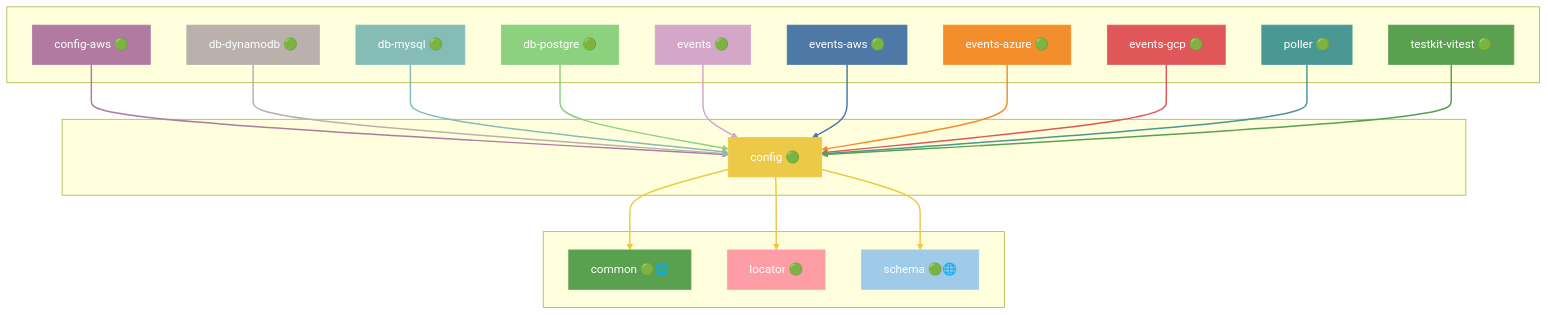
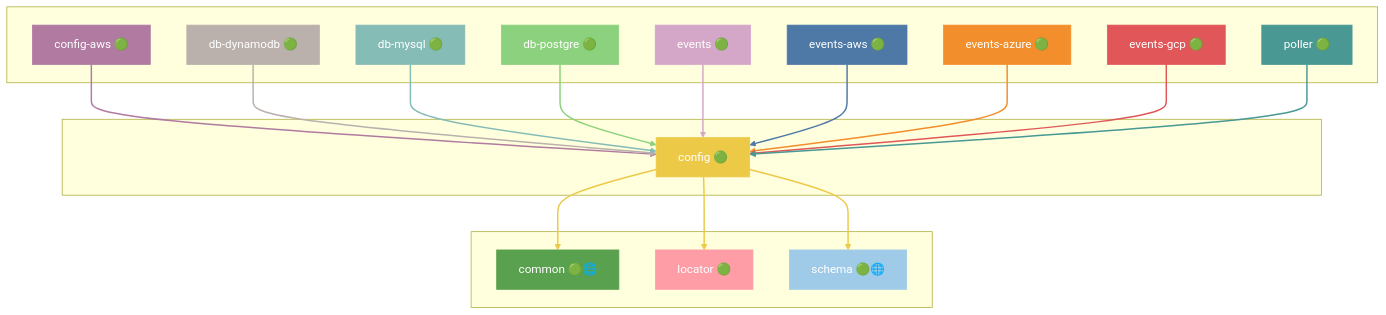
Before and after one commit to grest-ts/grest-ts: the seventh of 45 diagrams in docs/DEPENDENCIES.md, drawn with Mermaid. The commit also changed other lines of this file and 46 other files, not shown here.

````diff
--- a/docs/DEPENDENCIES.md
+++ b/docs/DEPENDENCIES.md
@@ -579,63 +563,59 @@
 ```mermaid
 flowchart TB
     subgraph Dependents[" "]
         config-aws["config-aws 🟢"]
         db-dynamodb["db-dynamodb 🟢"]
         db-mysql["db-mysql 🟢"]
         db-postgre["db-postgre 🟢"]
         events["events 🟢"]
         events-aws["events-aws 🟢"]
         events-azure["events-azure 🟢"]
         events-gcp["events-gcp 🟢"]
         poller["poller 🟢"]
-        testkit-vitest["testkit-vitest 🟢"]
     end
     subgraph Package[" "]
         config["config 🟢"]
     end
     subgraph Dependencies[" "]
         common["common 🟢🌐"]
         locator["locator 🟢"]
         schema["schema 🟢🌐"]
     end
     config-aws --> config
     db-dynamodb --> config
     db-mysql --> config
     db-postgre --> config
     events --> config
     events-aws --> config
     events-azure --> config
     events-gcp --> config
     poller --> config
-    testkit-vitest --> config
     config --> common
     config --> locator
     config --> schema
     style config fill:#EDC948,stroke:#EDC948,color:#fff
     style config-aws fill:#B07AA1,stroke:#B07AA1,color:#fff
     style db-dynamodb fill:#BAB0AC,stroke:#BAB0AC,color:#fff
     style db-mysql fill:#86BCB6,stroke:#86BCB6,color:#fff
     style db-postgre fill:#8CD17D,stroke:#8CD17D,color:#fff
     style events fill:#D4A6C8,stroke:#D4A6C8,color:#fff
     style events-aws fill:#4E79A7,stroke:#4E79A7,color:#fff
     style events-azure fill:#F28E2B,stroke:#F28E2B,color:#fff
     style events-gcp fill:#E15759,stroke:#E15759,color:#fff
     style poller fill:#499894,stroke:#499894,color:#fff
-    style testkit-vitest fill:#59A14F,stroke:#59A14F,color:#fff
     style common fill:#59A14F,stroke:#59A14F,color:#fff
     style locator fill:#FF9DA7,stroke:#FF9DA7,color:#fff
     style schema fill:#A0CBE8,stroke:#A0CBE8,color:#fff
     linkStyle 0 stroke:#B07AA1,stroke-width:2px
     linkStyle 1 stroke:#BAB0AC,stroke-width:2px
     linkStyle 2 stroke:#86BCB6,stroke-width:2px
     linkStyle 3 stroke:#8CD17D,stroke-width:2px
     linkStyle 4 stroke:#D4A6C8,stroke-width:2px
     linkStyle 5 stroke:#4E79A7,stroke-width:2px
     linkStyle 6 stroke:#F28E2B,stroke-width:2px
     linkStyle 7 stroke:#E15759,stroke-width:2px
     linkStyle 8 stroke:#499894,stroke-width:2px
-    linkStyle 9 stroke:#59A14F,stroke-width:2px
+    linkStyle 9 stroke:#EDC948,stroke-width:2px
     linkStyle 10 stroke:#EDC948,stroke-width:2px
     linkStyle 11 stroke:#EDC948,stroke-width:2px
-    linkStyle 12 stroke:#EDC948,stroke-width:2px
 ```
````
